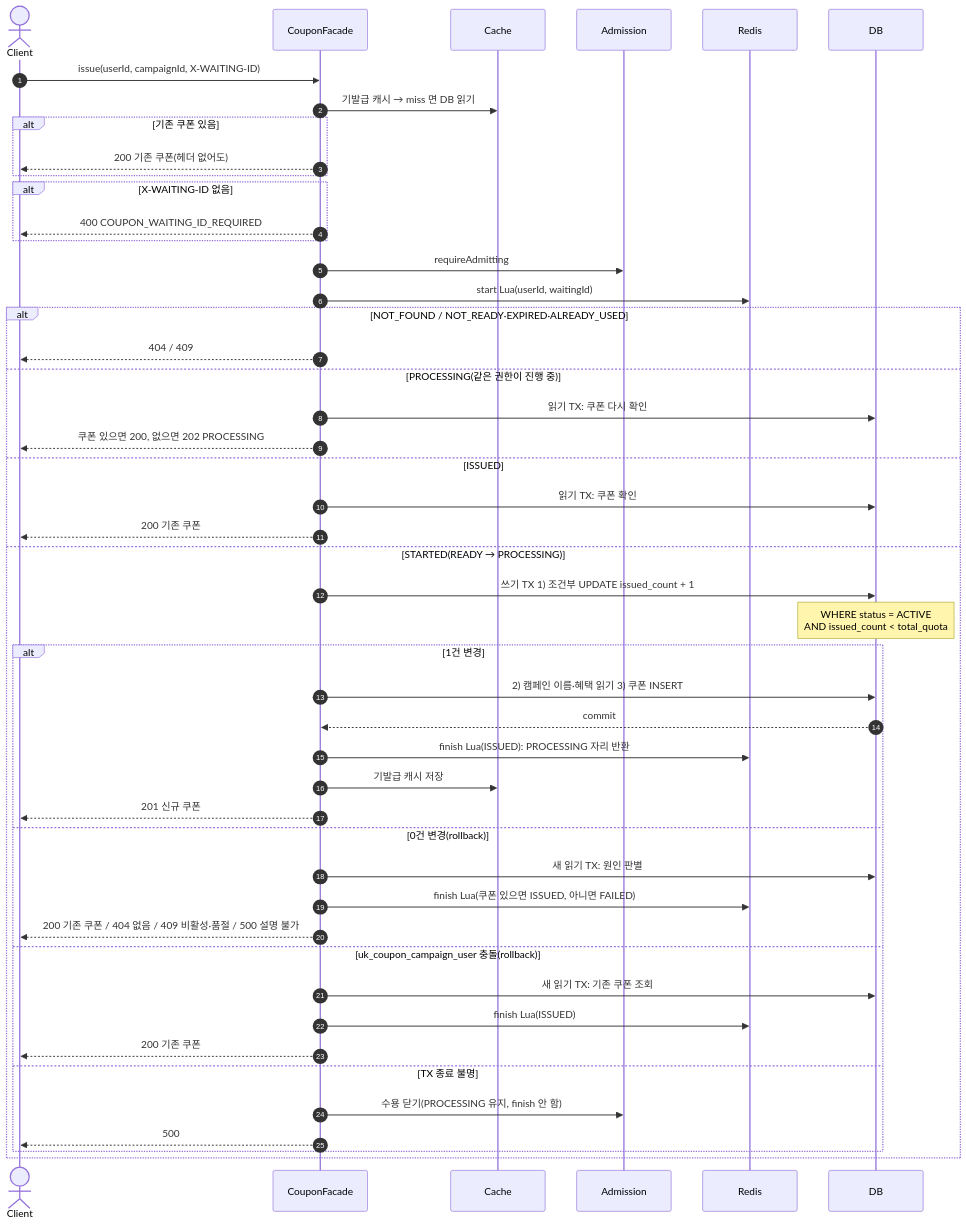
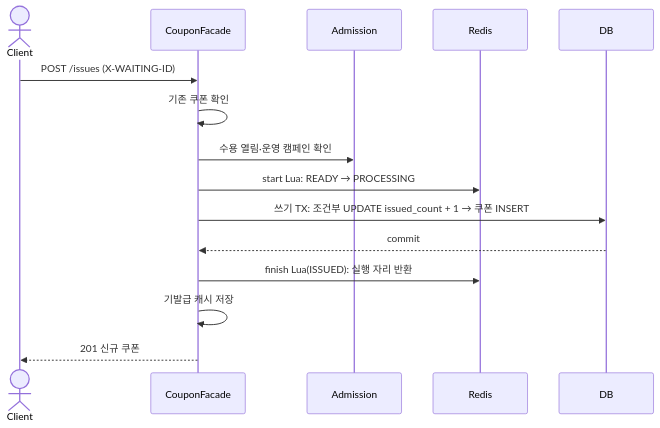
Before and after one commit to loopers-labs/loop-pack-be-l2-vol5-java: the fifth of 6 diagrams in docs/system-design/features/coupon-waiting-flow.md, drawn with Mermaid. The commit also changed other lines of this file and 41 other files, not shown here.

````diff
--- a/docs/system-design/features/coupon-waiting-flow.md
+++ b/docs/system-design/features/coupon-waiting-flow.md
@@ -159,51 +131,18 @@
 ```mermaid
 sequenceDiagram
-    autonumber
     actor C as Client
     participant F as CouponFacade
-    participant K as Cache
     participant A as Admission
     participant R as Redis
     participant D as DB
 
-    C->>F: issue(userId, campaignId, X-WAITING-ID)
-    F->>K: 기발급 캐시 → miss 면 DB 읽기
-    alt 기존 쿠폰 있음
-        F-->>C: 200 기존 쿠폰(헤더 없어도)
-    end
-    alt X-WAITING-ID 없음
-        F-->>C: 400 COUPON_WAITING_ID_REQUIRED
-    end
-    F->>A: requireAdmitting
-    F->>R: start Lua(userId, waitingId)
-    alt NOT_FOUND / NOT_READY·EXPIRED·ALREADY_USED
-        F-->>C: 404 / 409
-    else PROCESSING(같은 권한이 진행 중)
-        F->>D: 읽기 TX: 쿠폰 다시 확인
-        F-->>C: 쿠폰 있으면 200, 없으면 202 PROCESSING
-    else ISSUED
-        F->>D: 읽기 TX: 쿠폰 확인
-        F-->>C: 200 기존 쿠폰
-    else STARTED(READY → PROCESSING)
-        F->>D: 쓰기 TX 1) 조건부 UPDATE issued_count + 1
-        Note over D: WHERE status = ACTIVE<br/>AND issued_count < total_quota
-        alt 1건 변경
-            F->>D: 2) 캠페인 이름·혜택 읽기 3) 쿠폰 INSERT
-            D-->>F: commit
-            F->>R: finish Lua(ISSUED): PROCESSING 자리 반환
-            F->>K: 기발급 캐시 저장
-            F-->>C: 201 신규 쿠폰
-        else 0건 변경(rollback)
-            F->>D: 새 읽기 TX: 원인 판별
-            F->>R: finish Lua(쿠폰 있으면 ISSUED, 아니면 FAILED)
-            F-->>C: 200 기존 쿠폰 / 404 없음 / 409 비활성·품절 / 500 설명 불가
-        else uk_coupon_campaign_user 충돌(rollback)
-            F->>D: 새 읽기 TX: 기존 쿠폰 조회
-            F->>R: finish Lua(ISSUED)
-            F-->>C: 200 기존 쿠폰
-        else TX 종료 불명
-            F->>A: 수용 닫기(PROCESSING 유지, finish 안 함)
-            F-->>C: 500
-        end
-    end
+    C->>F: POST /issues (X-WAITING-ID)
+    F->>F: 기존 쿠폰 확인
+    F->>A: 수용 열림·운영 캠페인 확인
+    F->>R: start Lua: READY → PROCESSING
+    F->>D: 쓰기 TX: 조건부 UPDATE issued_count + 1 → 쿠폰 INSERT
+    D-->>F: commit
+    F->>R: finish Lua(ISSUED): 실행 자리 반환
+    F->>F: 기발급 캐시 저장
+    F-->>C: 201 신규 쿠폰
 ```
````
